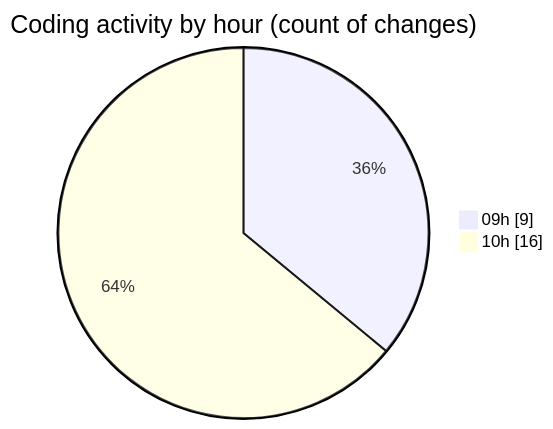
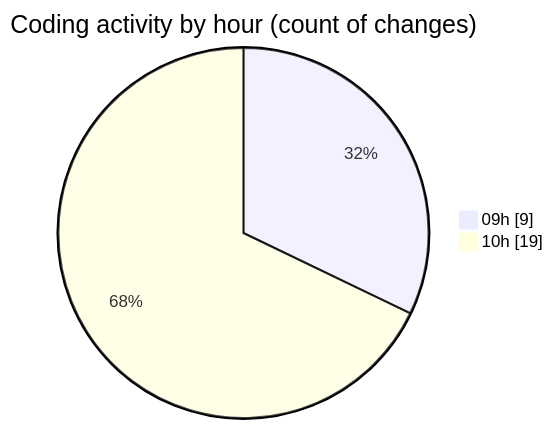
The second of 2 diagrams in 2025-05-08/react/README.md (BS-eng2023/code-tracking), drawn with Mermaid before and after one commit. The commit also changed other lines of this file and 1 other file, not shown here.

````diff
--- a/2025-05-08/react/README.md
+++ b/2025-05-08/react/README.md
@@ -36,6 +37,6 @@
 ```mermaid
 pie showData
 title Coding activity by hour (count of changes)
 "09h" : 9
-"10h" : 16
+"10h" : 19
 ```
````
